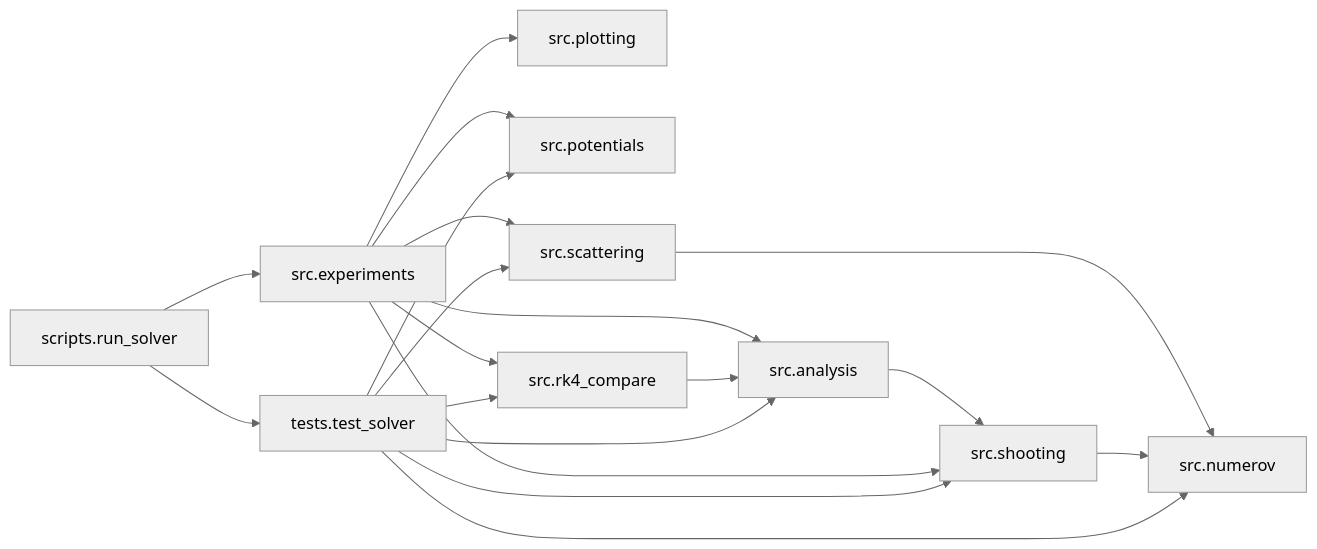
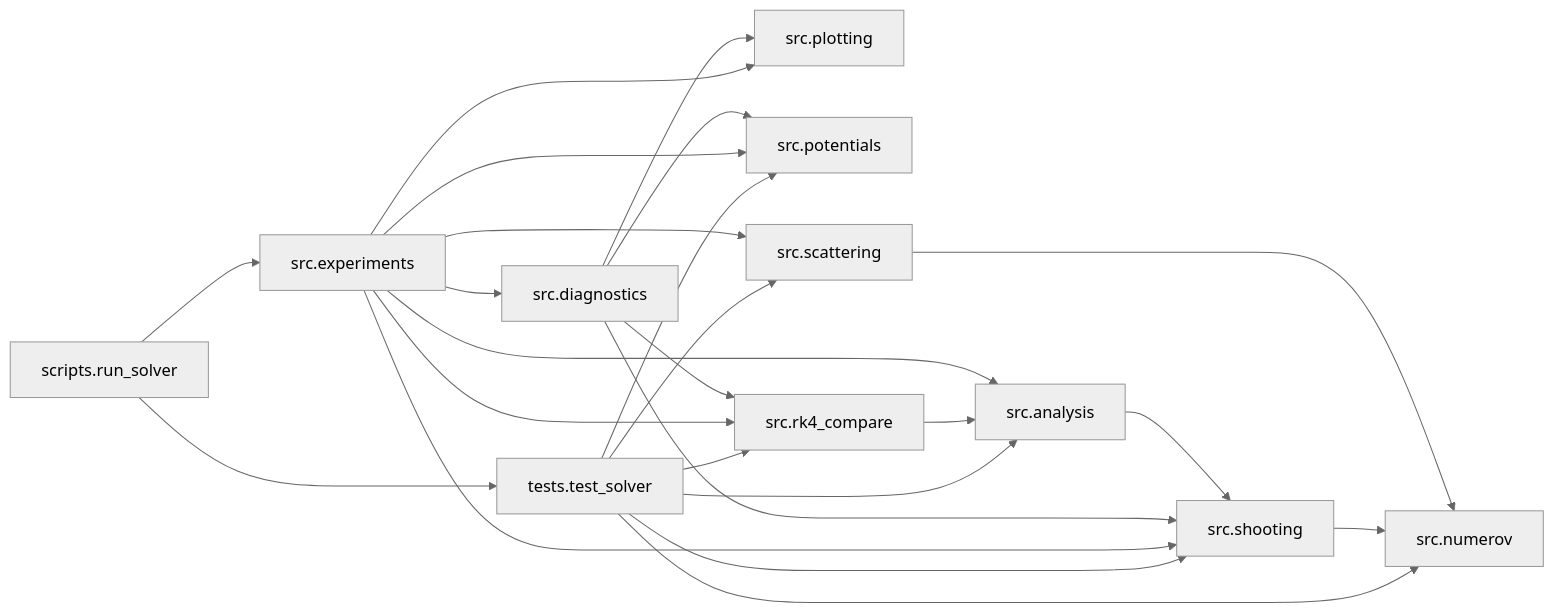
Before and after one commit to alons126/Numerov-bound-states: the first of 9 diagrams in docs/code_map/code_map.md, drawn with Mermaid (neutral theme). The commit also changed other lines of this file and 53 other files, not shown here.

````diff
--- a/docs/code_map/code_map.md
+++ b/docs/code_map/code_map.md
@@ -48,21 +48,26 @@
 ```mermaid
 flowchart LR
     scripts_run_solver[scripts.run_solver] --> src_experiments[src.experiments]
     scripts_run_solver[scripts.run_solver] --> tests_test_solver[tests.test_solver]
     src_analysis[src.analysis] --> src_shooting[src.shooting]
+    src_diagnostics[src.diagnostics] --> src_plotting[src.plotting]
+    src_diagnostics[src.diagnostics] --> src_potentials[src.potentials]
+    src_diagnostics[src.diagnostics] --> src_rk4_compare[src.rk4_compare]
+    src_diagnostics[src.diagnostics] --> src_shooting[src.shooting]
     src_experiments[src.experiments] --> src_analysis[src.analysis]
+    src_experiments[src.experiments] --> src_diagnostics[src.diagnostics]
     src_experiments[src.experiments] --> src_plotting[src.plotting]
     src_experiments[src.experiments] --> src_potentials[src.potentials]
     src_experiments[src.experiments] --> src_rk4_compare[src.rk4_compare]
     src_experiments[src.experiments] --> src_scattering[src.scattering]
     src_experiments[src.experiments] --> src_shooting[src.shooting]
     src_rk4_compare[src.rk4_compare] --> src_analysis[src.analysis]
     src_scattering[src.scattering] --> src_numerov[src.numerov]
     src_shooting[src.shooting] --> src_numerov[src.numerov]
     tests_test_solver[tests.test_solver] --> src_analysis[src.analysis]
     tests_test_solver[tests.test_solver] --> src_numerov[src.numerov]
     tests_test_solver[tests.test_solver] --> src_potentials[src.potentials]
     tests_test_solver[tests.test_solver] --> src_rk4_compare[src.rk4_compare]
     tests_test_solver[tests.test_solver] --> src_scattering[src.scattering]
     tests_test_solver[tests.test_solver] --> src_shooting[src.shooting]
 ```
````
